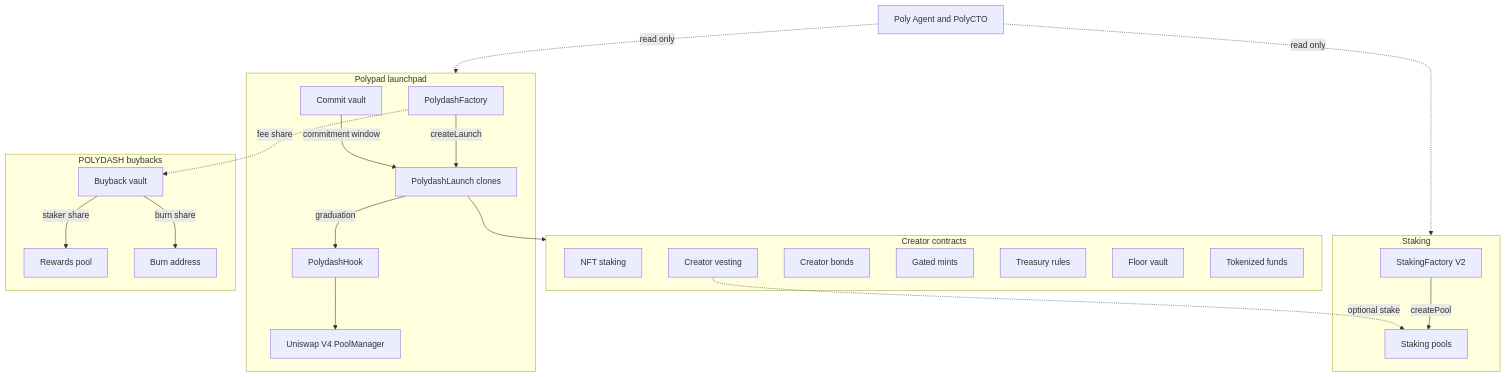
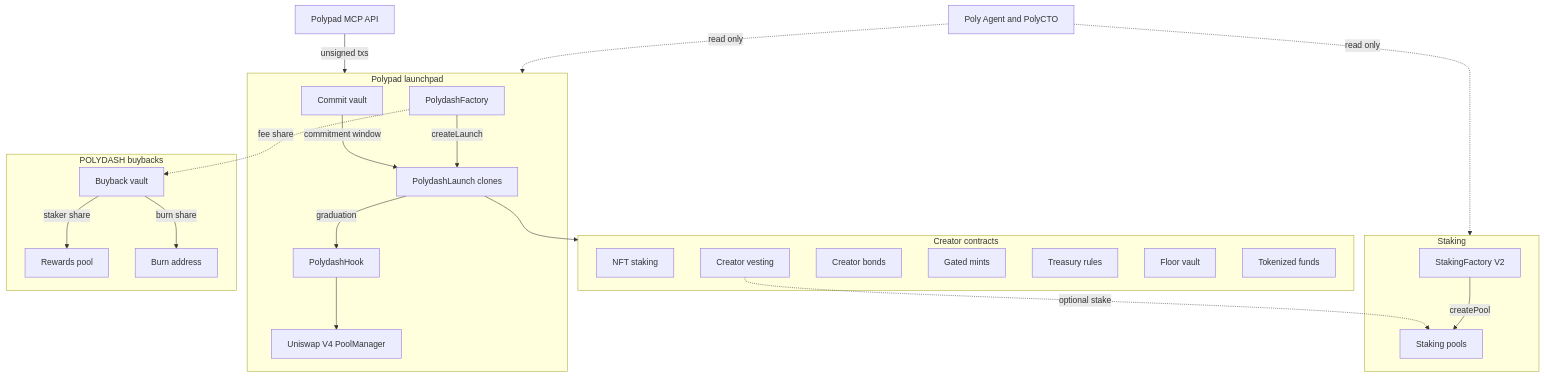
Before and after one commit to polydash-labs/Polydash: the diagram in README.md, drawn with Mermaid. The commit also changed other lines of this file, not shown here.

````diff
--- a/README.md
+++ b/README.md
@@ -39,42 +99,43 @@
 ```mermaid
 flowchart TB
   subgraph launchpad [Polypad launchpad]
     Factory[PolydashFactory]
     Launch[PolydashLaunch clones]
     Commit[Commit vault]
     Hook[PolydashHook]
     Factory -->|createLaunch| Launch
     Commit -->|commitment window| Launch
     Launch -->|graduation| Hook
     Hook --> V4[Uniswap V4 PoolManager]
   end
 
   subgraph staking [Staking]
     SF[StakingFactory V2]
     Pools[Staking pools]
     SF -->|createPool| Pools
   end
 
   subgraph creators [Creator contracts]
     NftStake[NFT staking]
     Vest[Creator vesting]
     Bond[Creator bonds]
     Gate[Gated mints]
     Treas[Treasury rules]
     Floor[Floor vault]
     Fund[Tokenized funds]
   end
 
   subgraph buybacks [POLYDASH buybacks]
     Buyback[Buyback vault]
     Rewards[Rewards pool]
     Buyback -->|staker share| Rewards
     Buyback -->|burn share| Dead[Burn address]
   end
 
   Launch --> creators
   Factory -.->|fee share| Buyback
   Vest -.->|optional stake| Pools
   Agents[Poly Agent and PolyCTO] -. read only .-> launchpad
   Agents -. read only .-> staking
+  MCP[Polypad MCP API] -->|unsigned txs| launchpad
 ```
````
